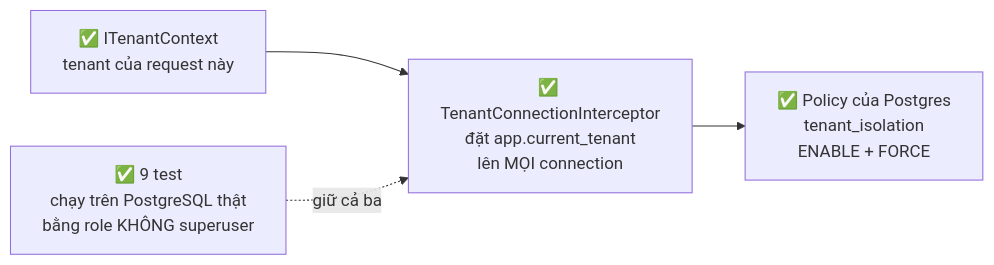
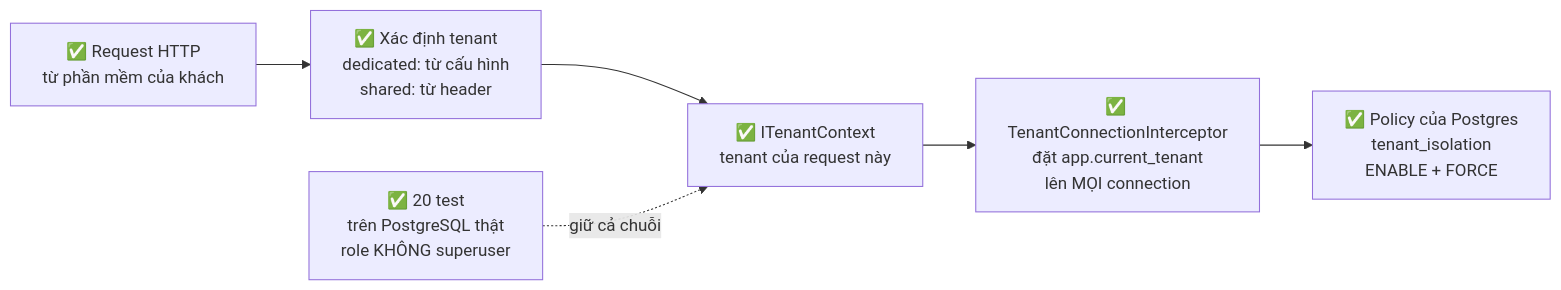
The fourth of 4 diagrams in README.md (pvanh2706/ai-operational-platform), drawn with Mermaid before and after one commit. The commit also changed other lines of this file and 18 other files, not shown here.

First line of the commit message:
Workstream 07: project host — ranh giới tenant sống trong request HTTP thật

````diff
--- a/README.md
+++ b/README.md
@@ -244,9 +267,11 @@
 ```mermaid
 flowchart LR
+    R["✅ Request HTTP<br/>từ phần mềm của khách"]
+    M["✅ Xác định tenant<br/>dedicated: từ cấu hình<br/>shared: từ header"]
     A["✅ ITenantContext<br/>tenant của request này"]
     B["✅ TenantConnectionInterceptor<br/>đặt app.current_tenant<br/>lên MỌI connection"]
     C["✅ Policy của Postgres<br/>tenant_isolation<br/>ENABLE + FORCE"]
-    D["✅ 9 test<br/>chạy trên PostgreSQL thật<br/>bằng role KHÔNG superuser"]
-    A --> B --> C
-    D -.->|giữ cả ba| B
+    D["✅ 20 test<br/>trên PostgreSQL thật<br/>role KHÔNG superuser"]
+    R --> M --> A --> B --> C
+    D -.->|giữ cả chuỗi| A
 ```
````
